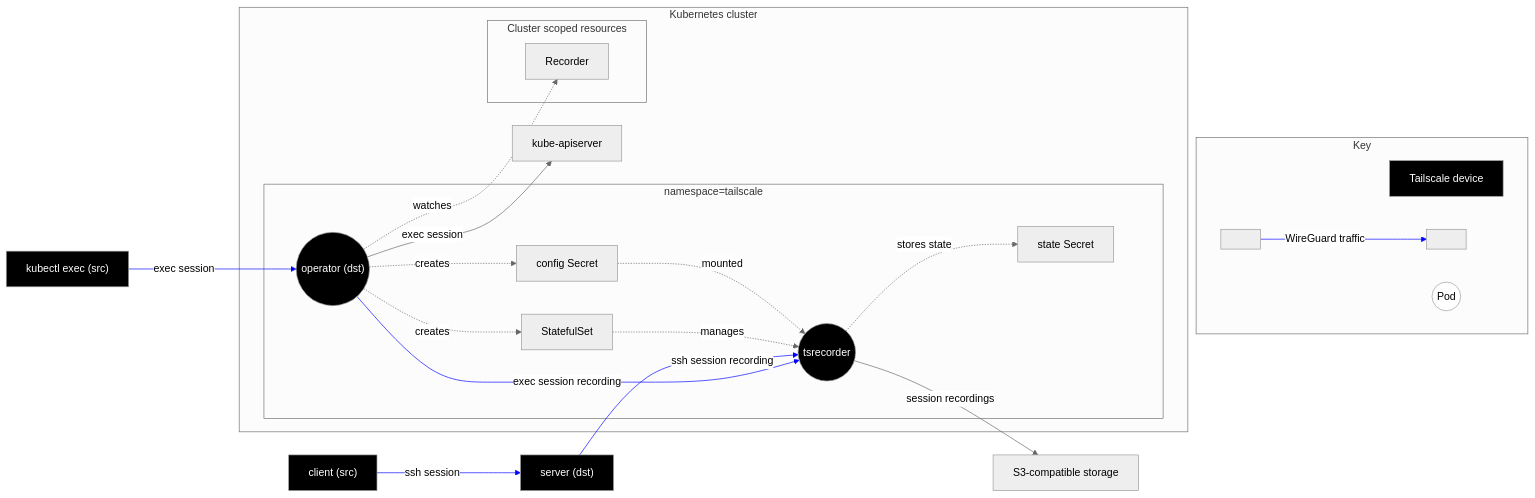
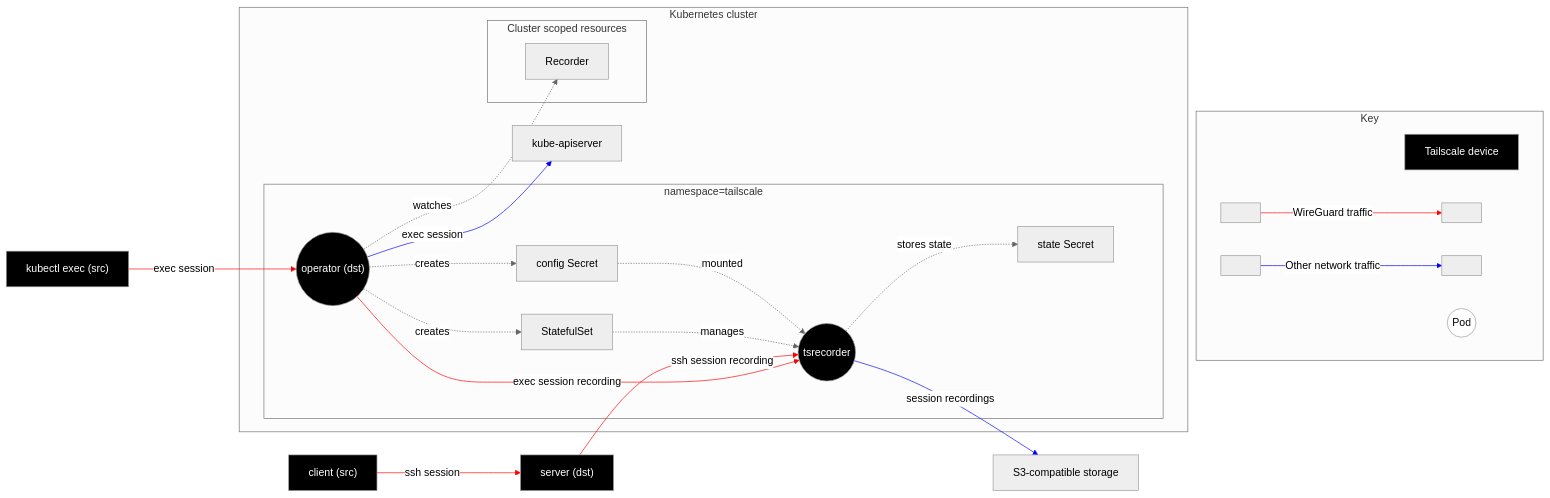
One commit to tailscale/tailscale changed the seventh of 7 diagrams in docs/k8s/operator-architecture.md. Above: the diagram before and after it, drawn with Mermaid. The commit also changed other lines of this file, not shown here.

Commit message:
Review feedback; more colours + data flow for ProxyGroup

````diff
--- a/docs/k8s/operator-architecture.md
+++ b/docs/k8s/operator-architecture.md
@@ -356,58 +423,64 @@
 ```mermaid
 %%{ init: { 'theme':'neutral' } }%%
 
 flowchart TD
     classDef tsnode color:#fff,fill:#000;
     classDef pod fill:#fff;
     classDef hidden display:none;
 
     subgraph Key
         ts[Tailscale device]:::tsnode
         pod((Pod)):::pod
-        hidden[" "]-->|WireGuard traffic|hidden2[" "]
+        blank[" "]-->|WireGuard traffic|blank2[" "]
+        blank3[" "]-->|Other network traffic|blank4[" "]
     end
 
     subgraph grouping[" "]
         subgraph k8s[Kubernetes cluster]
             api["kube-apiserver"]
 
             subgraph tailscale-ns[namespace=tailscale]
                 operator(("operator (dst)")):::tsnode
                 rec-sts[StatefulSet]
                 rec-0(("tsrecorder")):::tsnode
                 cfg-secret-0["config Secret"]
                 state-secret-0["state Secret"]
             end
 
             subgraph cluster-scope["Cluster scoped resources"]
                 rec["Recorder"]
             end
         end
 
         client["client (src)"]:::tsnode
         kubectl-exec["kubectl exec (src)"]:::tsnode
         server["server (dst)"]:::tsnode
         s3["S3-compatible storage"]
     end
 
     kubectl-exec-->|exec session| operator
     operator-->|exec session recording| rec-0
     operator-->|exec session| api
     client-->|ssh session| server
     server-->|ssh session recording| rec-0
     rec-0-->|session recordings| s3
     operator-.->|watches| rec
     operator -.->|creates| rec-sts
     rec-sts -.->|manages| rec-0
     operator -.->|creates| cfg-secret-0
     cfg-secret-0 -.->|mounted| rec-0
     rec-0 -.->|stores state| state-secret-0
 
     class grouping hidden
-    linkStyle 0 stroke:blue;
+
+    linkStyle 0 stroke:red;
+    linkStyle 2 stroke:red;
+    linkStyle 3 stroke:red;
+    linkStyle 5 stroke:red;
+    linkStyle 6 stroke:red;
+
     linkStyle 1 stroke:blue;
-    linkStyle 2 stroke:blue;
     linkStyle 4 stroke:blue;
-    linkStyle 5 stroke:blue;
+    linkStyle 7 stroke:blue;
 
 ```
````
